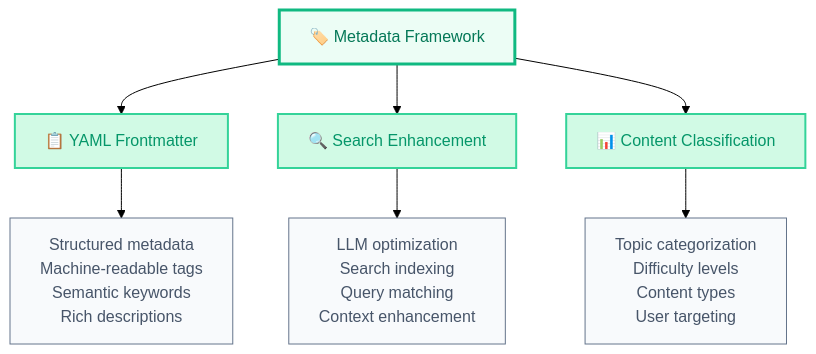
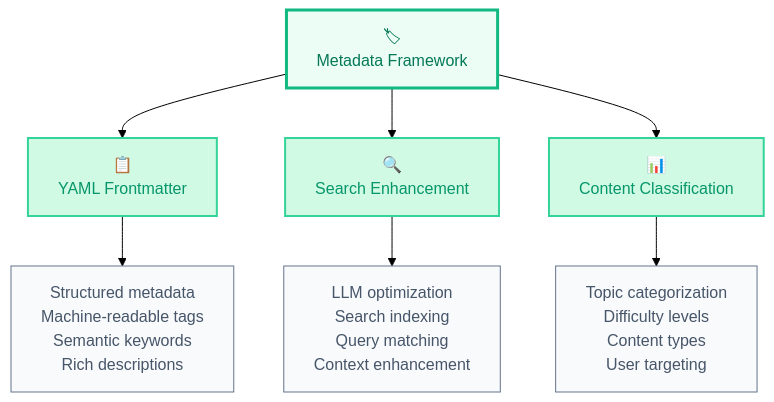
One commit to raphaelmansuy/tutorials changed diagram 16 of 26 in 39-llm-documentation-complete.md. Above: the diagram before and after it, drawn with Mermaid (forest theme). The commit also changed other lines of this file, not shown here.

````diff
--- a/39-llm-documentation-complete.md
+++ b/39-llm-documentation-complete.md
@@ -869,20 +878,20 @@
 ```mermaid
 flowchart TD
-    A[🏷️ Metadata Framework] --> B[📋 YAML Frontmatter]
-    A --> C[🔍 Search Enhancement]
-    A --> D[📊 Content Classification]
-    
-    B --> B1[Structured metadata<br/>Machine-readable tags<br/>Semantic keywords<br/>Rich descriptions]
-    
-    C --> C1[LLM optimization<br/>Search indexing<br/>Query matching<br/>Context enhancement]
-    
-    D --> D1[Topic categorization<br/>Difficulty levels<br/>Content types<br/>User targeting]
-    
-    classDef metadata fill:#ecfdf5,stroke:#10b981,stroke-width:3px,color:#047857
-    classDef system fill:#d1fae5,stroke:#34d399,stroke-width:2px,color:#059669
-    classDef features fill:#f8fafc,stroke:#64748b,stroke-width:1px,color:#475569
-    
-    class A metadata
-    class B,C,D system
-    class B1,C1,D1 features
+    A["🏷<br/>Metadata Framework"] --> B["📋<br/>YAML Frontmatter"]
+    A --> C["🔍<br/>Search Enhancement"]
+    A --> D["📊<br/>Content Classification"]
+
+    B --> B1["Structured metadata<br/>Machine-readable tags<br/>Semantic keywords<br/>Rich descriptions"]
+    C --> C1["LLM optimization<br/>Search indexing<br/>Query matching<br/>Context enhancement"]
+    D --> D1["Topic categorization<br/>Difficulty levels<br/>Content types<br/>User targeting"]
+
+    %% Style Definitions
+    classDef metadata fill:#ecfdf5,stroke:#10b981,stroke-width:3px,color:#047857;
+    classDef system fill:#d1fae5,stroke:#34d399,stroke-width:2px,color:#059669;
+    classDef features fill:#f8fafc,stroke:#64748b,stroke-width:1px,color:#475569;
+
+    %% Assign Styles
+    class A metadata;
+    class B,C,D system;
+    class B1,C1,D1 features;
 ```
````
